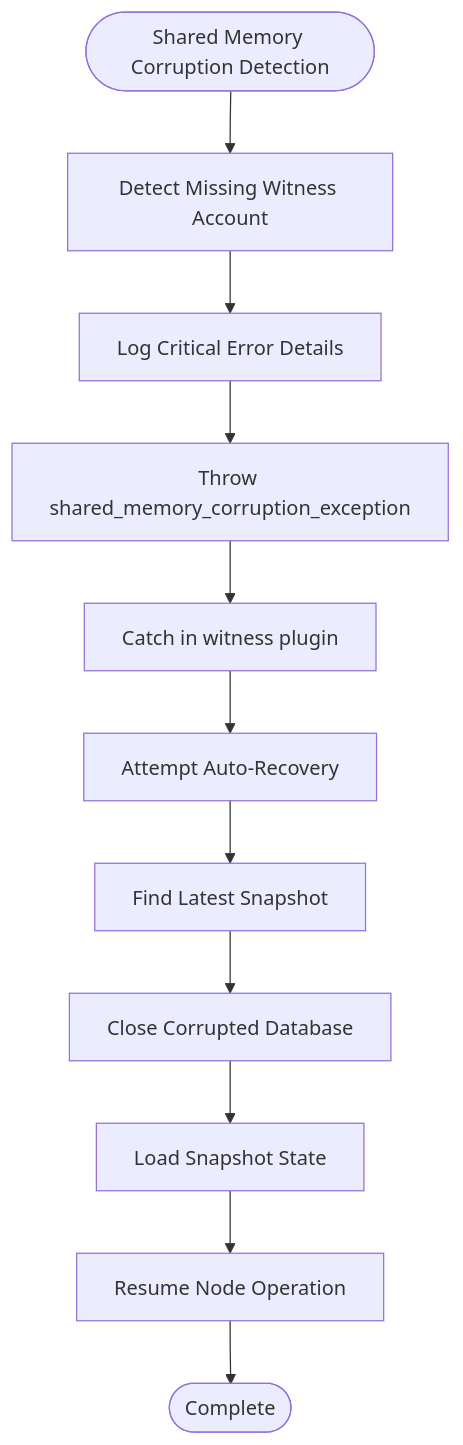
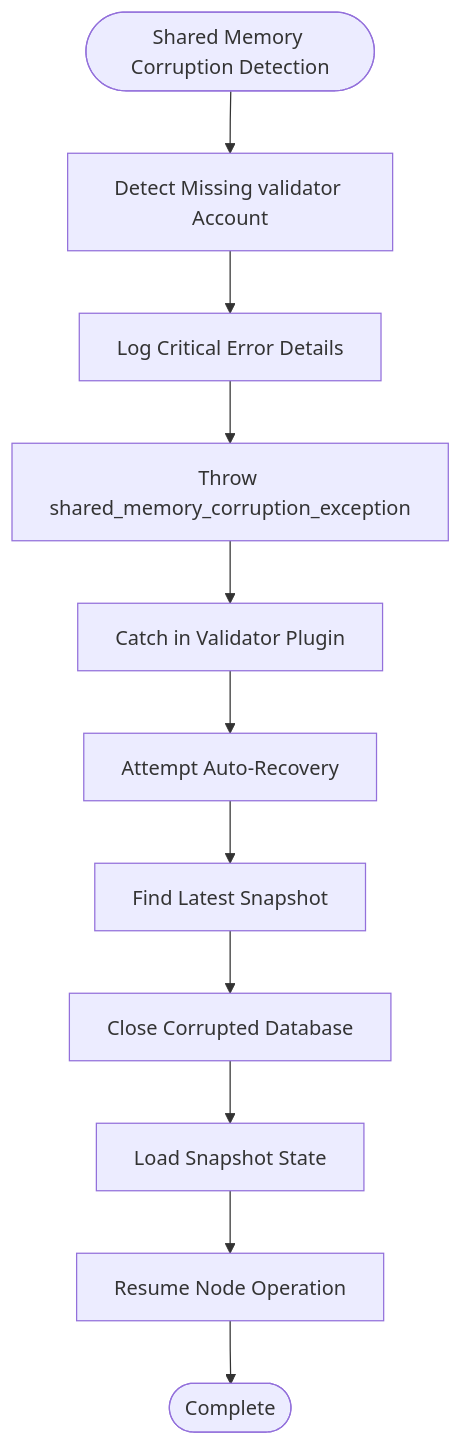
One commit to VIZ-Blockchain/viz-cpp-node changed diagram 28 of 29 in .qoder/repowiki/en/content/Architecture Overview/Core Libraries/Chain Library/Database Management/Database Management.md. Above: the diagram before and after it, drawn with Mermaid. The commit also changed other lines of this file and 88 other files, not shown here.

First line of the commit message:
docs(validator): rename witness to validator throughout documentation

````diff
--- a/.qoder/repowiki/en/content/Architecture Overview/Core Libraries/Chain Library/Database Management/Database Management.md
+++ b/.qoder/repowiki/en/content/Architecture Overview/Core Libraries/Chain Library/Database Management/Database Management.md
@@ -1549,13 +1549,13 @@
 ```mermaid
 flowchart TD
-Start(["Shared Memory Corruption Detection"]) --> DetectCorruption["Detect Missing Witness Account"]
+Start(["Shared Memory Corruption Detection"]) --> DetectCorruption["Detect Missing validator Account"]
 DetectCorruption --> LogCritical["Log Critical Error Details"]
 LogCritical --> ThrowException["Throw shared_memory_corruption_exception"]
-ThrowException --> CatchInWitness["Catch in witness plugin"]
+ThrowException --> CatchInWitness["Catch in Validator Plugin"]
 CatchInWitness --> AttemptRecovery["Attempt Auto-Recovery"]
 AttemptRecovery --> FindSnapshot["Find Latest Snapshot"]
 FindSnapshot --> CloseDatabase["Close Corrupted Database"]
 CloseDatabase --> LoadSnapshot["Load Snapshot State"]
 LoadSnapshot --> ResumeOperation["Resume Node Operation"]
 ResumeOperation --> End(["Complete"])
 ```
````
